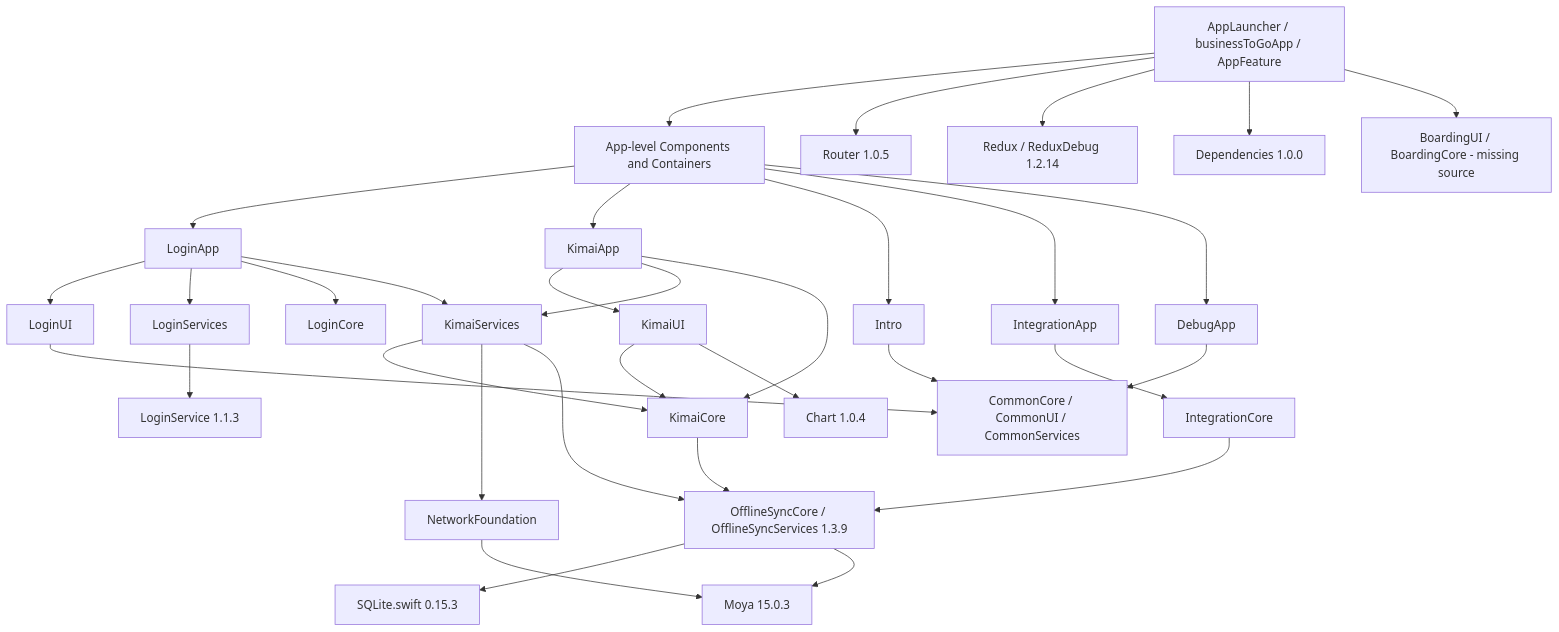
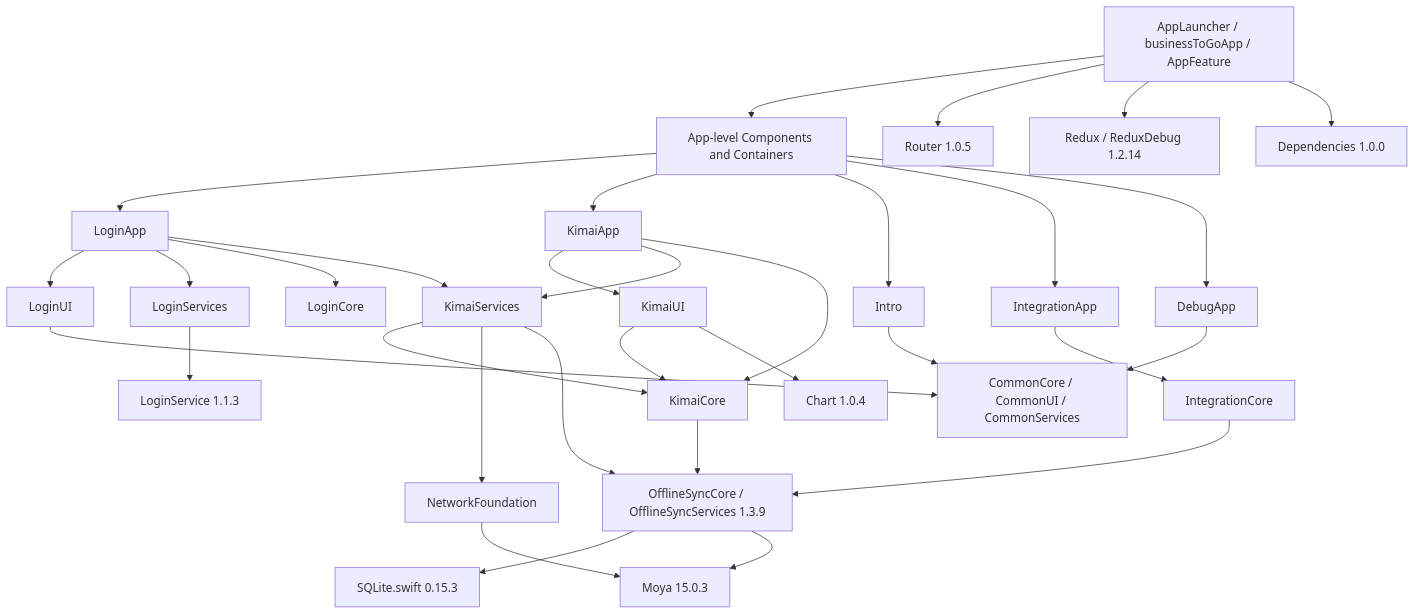
The second of 5 diagrams in docs/architecture/ARCHITECTURE.md (ManuelSelch/businessToGo-Time), drawn with Mermaid before and after one commit. The commit also changed other lines of this file and 8 other files, not shown here.

Commit message:
chore(boarding): remove missing package dependency

````diff
--- a/docs/architecture/ARCHITECTURE.md
+++ b/docs/architecture/ARCHITECTURE.md
@@ -29,40 +29,39 @@
 ```mermaid
 flowchart TD
     Shell[AppLauncher / businessToGoApp / AppFeature]
     Components[App-level Components and Containers]
     Router[Router 1.0.5]
     Redux[Redux / ReduxDebug 1.2.14]
     DI[Dependencies 1.0.0]
     Shell --> Components
     Shell --> Router
     Shell --> Redux
     Shell --> DI
-    Shell --> Boarding[BoardingUI / BoardingCore - missing source]
     Components --> LoginApp
     Components --> KimaiApp
     Components --> Intro
     Components --> IntegrationApp
     Components --> DebugApp
     LoginApp --> LoginUI
     LoginApp --> LoginServices
     LoginApp --> LoginCore
     LoginApp --> KimaiServices
     LoginServices --> LoginService[LoginService 1.1.3]
     KimaiApp --> KimaiUI
     KimaiApp --> KimaiServices
     KimaiApp --> KimaiCore
     KimaiUI --> KimaiCore
     KimaiUI --> Chart[Chart 1.0.4]
     KimaiServices --> KimaiCore
     KimaiServices --> NetworkFoundation
     KimaiCore --> OfflineSync[OfflineSyncCore / OfflineSyncServices 1.3.9]
     KimaiServices --> OfflineSync
     OfflineSync --> SQLite[SQLite.swift 0.15.3]
     OfflineSync --> Moya[Moya 15.0.3]
     NetworkFoundation --> Moya
     LoginUI --> Common[CommonCore / CommonUI / CommonServices]
     Intro --> Common
     DebugApp --> Common
     IntegrationApp --> IntegrationCore
     IntegrationCore --> OfflineSync
 ```
````
